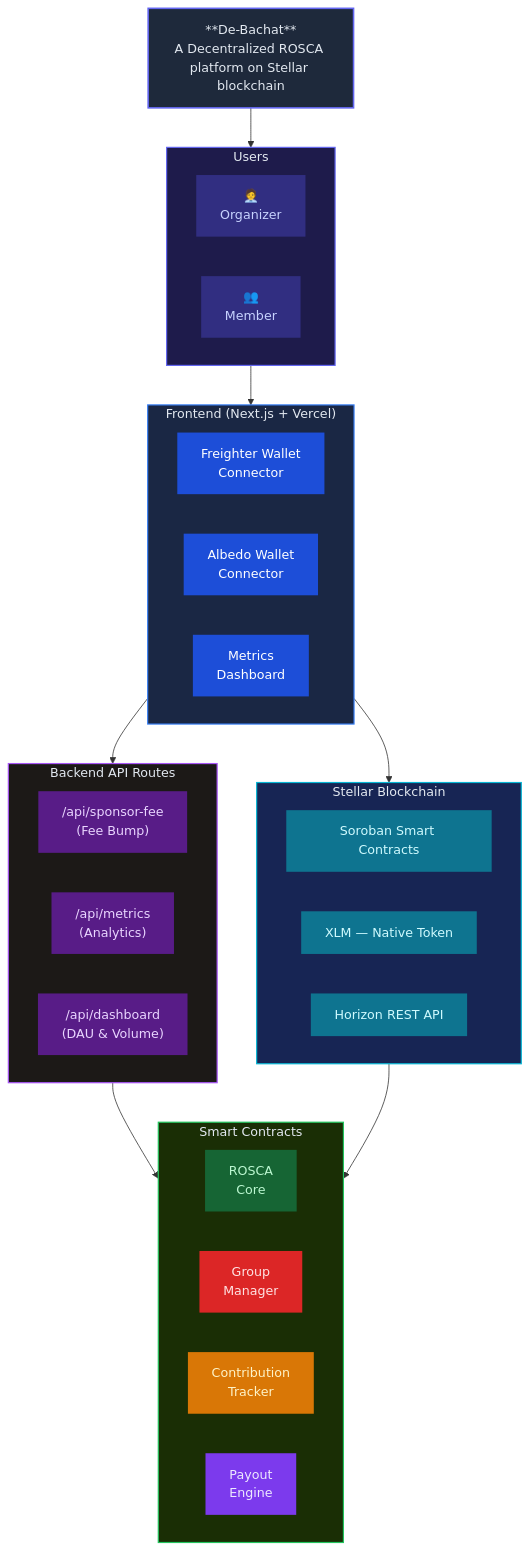
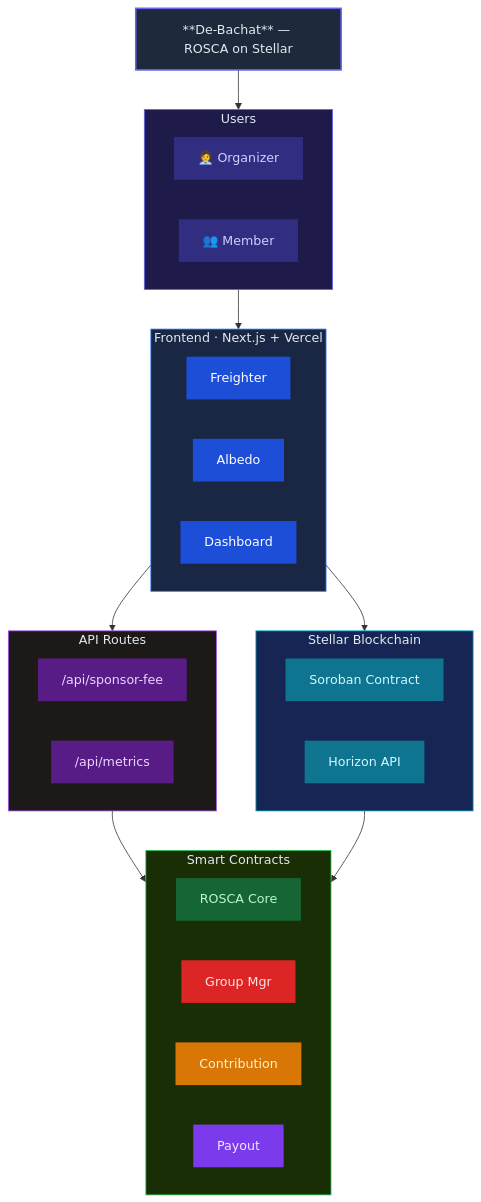
Before and after one commit to MrunalGhorpade13/De-Bachat-Stellar: the first of 2 diagrams in README.md, drawn with Mermaid. The commit also changed other lines of this file, not shown here.

Commit message:
docs: compact architecture and lifecycle diagrams — fewer nodes, shorter labels, same color style

````diff
--- a/README.md
+++ b/README.md
@@ -69,65 +69,50 @@
 ```mermaid
 flowchart TD
-    TITLE["**De-Bachat**\nA Decentralized ROSCA platform on Stellar blockchain"]
+    T["**De-Bachat** — ROSCA on Stellar"]
 
-    subgraph USERS["Users"]
-        U1["🧑‍💼\nOrganizer"]
-        U2["👥\nMember"]
+    subgraph U["Users"]
+        U1["🧑‍💼 Organizer"] & U2["👥 Member"]
     end
 
-    TITLE --> USERS
-    USERS --> FRONTEND
+    T --> U --> FE
 
-    subgraph FRONTEND["Frontend (Next.js + Vercel)"]
-        F1["Freighter Wallet\nConnector"]
-        F2["Albedo Wallet\nConnector"]
-        F3["Metrics\nDashboard"]
+    subgraph FE["Frontend · Next.js + Vercel"]
+        F1["Freighter"] & F2["Albedo"] & F3["Dashboard"]
     end
 
-    FRONTEND --> BACKEND
-    FRONTEND --> STELLAR
+    FE --> BE & SB
 
-    subgraph BACKEND["Backend API Routes"]
-        B1["/api/sponsor-fee\n(Fee Bump)"]
-        B2["/api/metrics\n(Analytics)"]
-        B3["/api/dashboard\n(DAU & Volume)"]
+    subgraph BE["API Routes"]
+        B1["/api/sponsor-fee"] & B2["/api/metrics"]
     end
 
-    subgraph STELLAR["Stellar Blockchain"]
-        S1["Soroban Smart Contracts"]
-        S2["XLM — Native Token"]
-        S3["Horizon REST API"]
+    subgraph SB["Stellar Blockchain"]
+        S1["Soroban Contract"] & S2["Horizon API"]
     end
 
-    BACKEND --> CONTRACTS
-    STELLAR --> CONTRACTS
+    BE & SB --> SC
 
-    subgraph CONTRACTS["Smart Contracts"]
-        C1["ROSCA\nCore"]
-        C2["Group\nManager"]
-        C3["Contribution\nTracker"]
-        C4["Payout\nEngine"]
+    subgraph SC["Smart Contracts"]
+        C1["ROSCA Core"] & C2["Group Mgr"] & C3["Contribution"] & C4["Payout"]
     end
 
-    style TITLE fill:#1e293b,color:#e2e8f0,stroke:#6366f1,stroke-width:2px
-    style USERS fill:#1e1b4b,color:#e2e8f0,stroke:#6366f1,stroke-width:1.5px
+    style T fill:#1e293b,color:#e2e8f0,stroke:#6366f1,stroke-width:2px
+    style U fill:#1e1b4b,color:#e2e8f0,stroke:#6366f1
     style U1 fill:#312e81,color:#c7d2fe,stroke:none
     style U2 fill:#312e81,color:#c7d2fe,stroke:none
-    style FRONTEND fill:#1a2744,color:#e2e8f0,stroke:#3b82f6,stroke-width:1.5px
+    style FE fill:#1a2744,color:#e2e8f0,stroke:#3b82f6
     style F1 fill:#1d4ed8,color:#fff,stroke:none
     style F2 fill:#1d4ed8,color:#fff,stroke:none
     style F3 fill:#1d4ed8,color:#fff,stroke:none
-    style BACKEND fill:#1c1917,color:#e2e8f0,stroke:#a855f7,stroke-width:1.5px
+    style BE fill:#1c1917,color:#e2e8f0,stroke:#a855f7
     style B1 fill:#581c87,color:#e9d5ff,stroke:none
     style B2 fill:#581c87,color:#e9d5ff,stroke:none
-    style B3 fill:#581c87,color:#e9d5ff,stroke:none
-    style STELLAR fill:#172554,color:#e2e8f0,stroke:#06b6d4,stroke-width:1.5px
+    style SB fill:#172554,color:#e2e8f0,stroke:#06b6d4
     style S1 fill:#0e7490,color:#cffafe,stroke:none
     style S2 fill:#0e7490,color:#cffafe,stroke:none
-    style S3 fill:#0e7490,color:#cffafe,stroke:none
-    style CONTRACTS fill:#1a2e05,color:#e2e8f0,stroke:#22c55e,stroke-width:1.5px
+    style SC fill:#1a2e05,color:#e2e8f0,stroke:#22c55e
     style C1 fill:#166534,color:#bbf7d0,stroke:none
     style C2 fill:#dc2626,color:#fee2e2,stroke:none
     style C3 fill:#d97706,color:#fef3c7,stroke:none
     style C4 fill:#7c3aed,color:#ede9fe,stroke:none
 ```
````
